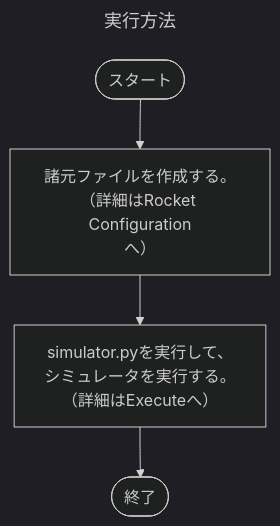
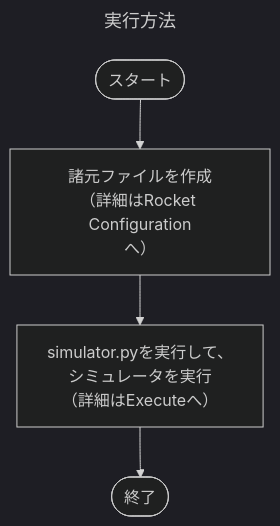
Before and after one commit to hotegg-main/miniQuabla: the second of 2 diagrams in README.md, drawn with Mermaid (dark theme). The commit also changed other lines of this file, not shown here.

Commit message:
修正

````diff
--- a/README.md
+++ b/README.md
@@ -41,15 +41,15 @@
 ```mermaid
 ---
 title: 実行方法
 ---
 flowchart TD
     start_proc([スタート])
     end_proc([終了])
 
-    prepare_config["諸元ファイルを作成する。</br>（詳細はRocket Configuration
+    prepare_config["諸元ファイルを作成</br>（詳細はRocket Configuration
 へ）"]
-    execute_cmd["simulator.pyを実行して、</br>シミュレータを実行する。</br>（詳細はExecuteへ）"]
+    execute_cmd["simulator.pyを実行して、</br>シミュレータを実行</br>（詳細はExecuteへ）"]
 
     start_proc --> prepare_config --> execute_cmd --> end_proc
     
 ```
````
